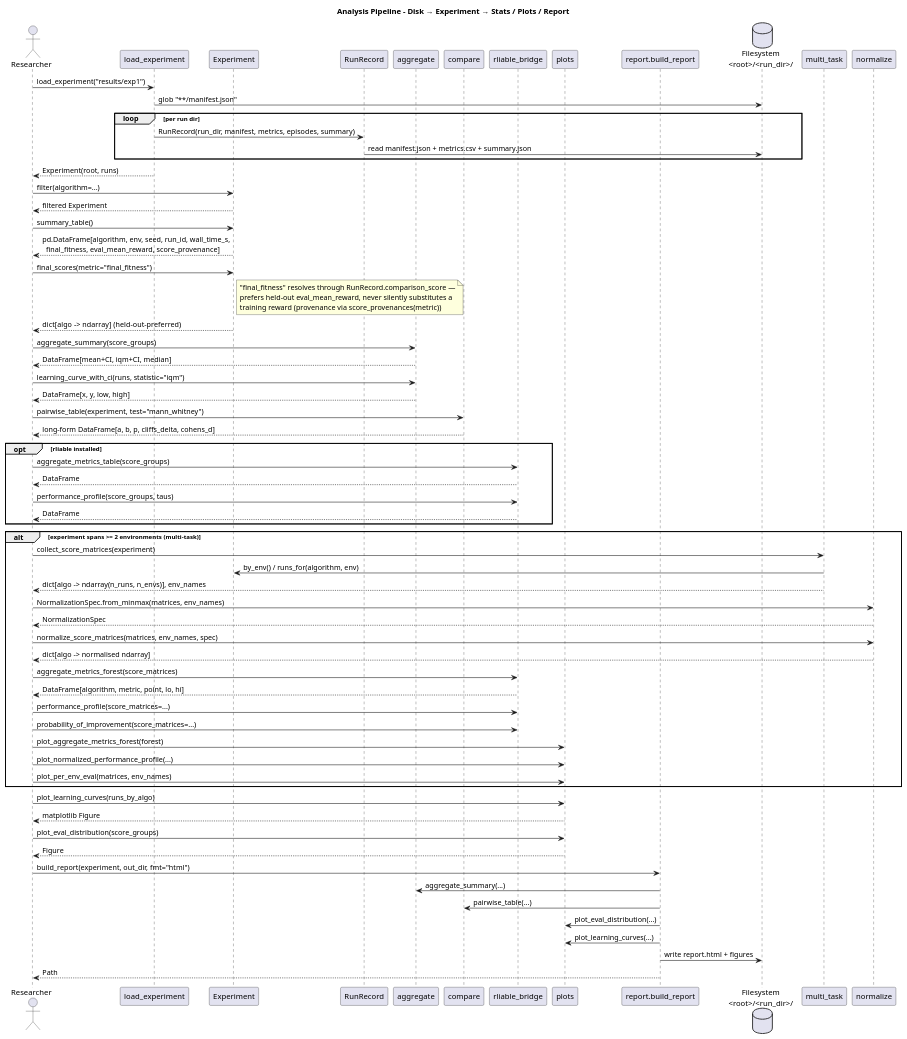
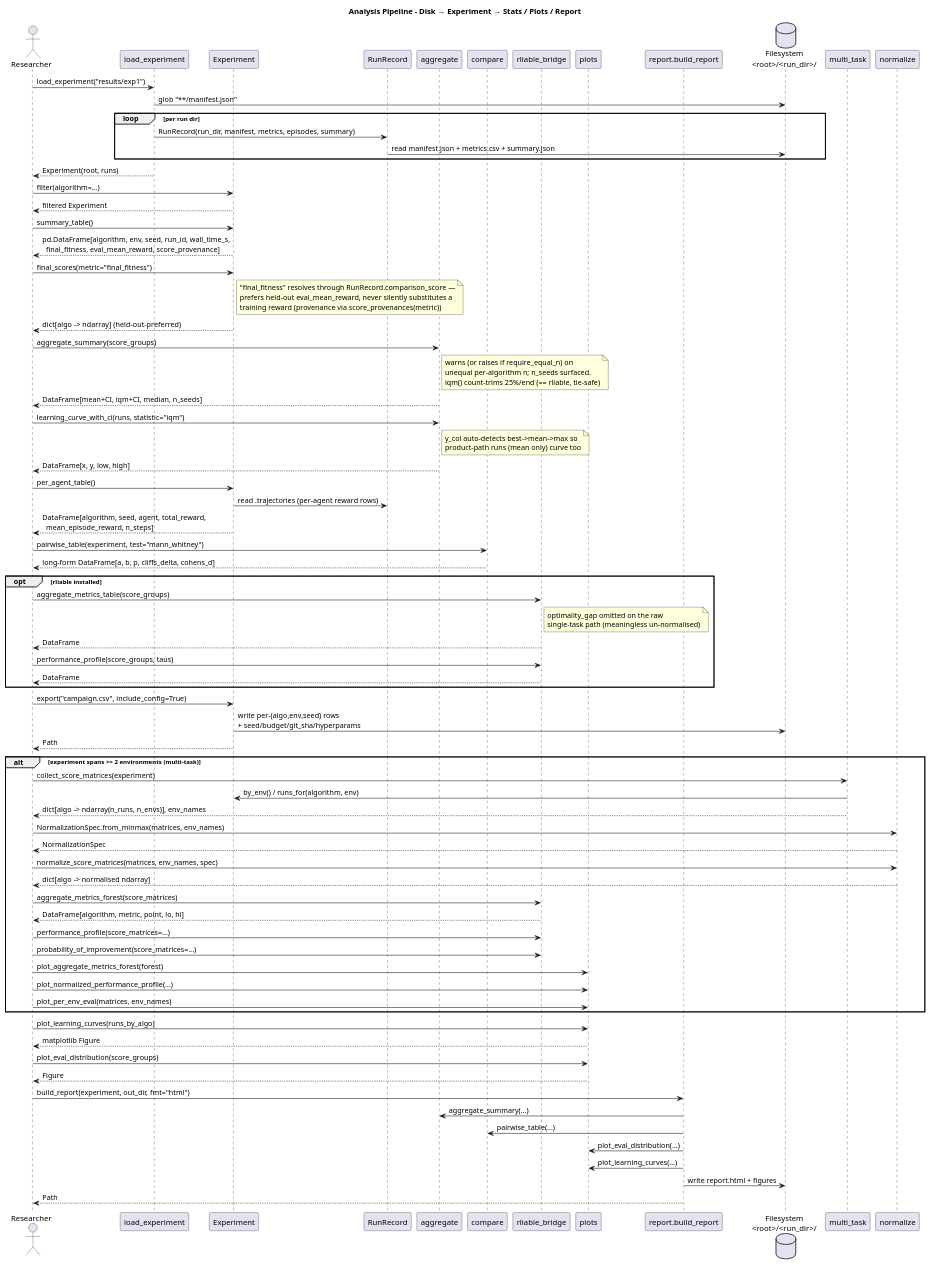
The diagram in docs/UML/sequence_analysis_pipeline.puml (Alex180504/DEAP-Zoo-bridge), drawn with PlantUML before and after one commit. The commit also changed 13 other files, not shown here.

```diff
--- a/docs/UML/sequence_analysis_pipeline.puml
+++ b/docs/UML/sequence_analysis_pipeline.puml
@@ -1,81 +1,92 @@
 @startuml sequence_analysis_pipeline
 title Analysis Pipeline – Disk → Experiment → Stats / Plots / Report
 
 actor "Researcher" as R
 participant "load_experiment" as LE
 participant "Experiment" as EX
 participant "RunRecord" as RR
 participant "aggregate" as AG
 participant "compare" as CMP
 participant "rliable_bridge" as RLB
 participant "plots" as PL
 participant "report.build_report" as RPT
 database  "Filesystem\n<root>/<run_dir>/" as FS
 
 R -> LE: load_experiment("results/exp1")
 LE -> FS: glob "**/manifest.json"
 loop per run dir
     LE -> RR: RunRecord(run_dir, manifest, metrics, episodes, summary)
     RR -> FS: read manifest.json + metrics.csv + summary.json
 end
 LE --> R: Experiment(root, runs)
 
 R -> EX: filter(algorithm=...)
 EX --> R: filtered Experiment
 
 R -> EX: summary_table()
 EX --> R: pd.DataFrame[algorithm, env, seed, run_id, wall_time_s,\n  final_fitness, eval_mean_reward, score_provenance]
 
 R -> EX: final_scores(metric="final_fitness")
 note right of EX: "final_fitness" resolves through RunRecord.comparison_score —\nprefers held-out eval_mean_reward, never silently substitutes a\ntraining reward (provenance via score_provenances(metric))
 EX --> R: dict[algo -> ndarray]  (held-out-preferred)
 
 R -> AG: aggregate_summary(score_groups)
-AG --> R: DataFrame[mean+CI, iqm+CI, median]
+note right of AG: warns (or raises if require_equal_n) on\nunequal per-algorithm n; n_seeds surfaced.\niqm() count-trims 25%/end (== rliable, tie-safe)
+AG --> R: DataFrame[mean+CI, iqm+CI, median, n_seeds]
 
 R -> AG: learning_curve_with_ci(runs, statistic="iqm")
+note right of AG: y_col auto-detects best->mean->max so\nproduct-path runs (mean only) curve too
 AG --> R: DataFrame[x, y, low, high]
+
+R -> EX: per_agent_table()
+EX -> RR: read .trajectories (per-agent reward rows)
+EX --> R: DataFrame[algorithm, seed, agent, total_reward,\n  mean_episode_reward, n_steps]
 
 R -> CMP: pairwise_table(experiment, test="mann_whitney")
 CMP --> R: long-form DataFrame[a, b, p, cliffs_delta, cohens_d]
 
 opt rliable installed
     R -> RLB: aggregate_metrics_table(score_groups)
+    note right of RLB: optimality_gap omitted on the raw\nsingle-task path (meaningless un-normalised)
     RLB --> R: DataFrame
     R -> RLB: performance_profile(score_groups, taus)
     RLB --> R: DataFrame
 end
+
+R -> EX: export("campaign.csv", include_config=True)
+EX -> FS: write per-(algo,env,seed) rows\n+ seed/budget/git_sha/hyperparams
+EX --> R: Path
 
 alt experiment spans >= 2 environments (multi-task)
     participant "multi_task" as MT
     participant "normalize" as NR
     R -> MT: collect_score_matrices(experiment)
     MT -> EX: by_env() / runs_for(algorithm, env)
     MT --> R: dict[algo -> ndarray(n_runs, n_envs)], env_names
     R -> NR: NormalizationSpec.from_minmax(matrices, env_names)
     NR --> R: NormalizationSpec
     R -> NR: normalize_score_matrices(matrices, env_names, spec)
     NR --> R: dict[algo -> normalised ndarray]
     R -> RLB: aggregate_metrics_forest(score_matrices)
     RLB --> R: DataFrame[algorithm, metric, point, lo, hi]
     R -> RLB: performance_profile(score_matrices=...)
     R -> RLB: probability_of_improvement(score_matrices=...)
     R -> PL: plot_aggregate_metrics_forest(forest)
     R -> PL: plot_normalized_performance_profile(...)
     R -> PL: plot_per_env_eval(matrices, env_names)
 end
 
 R -> PL: plot_learning_curves(runs_by_algo)
 PL --> R: matplotlib Figure
 R -> PL: plot_eval_distribution(score_groups)
 PL --> R: Figure
 
 R -> RPT: build_report(experiment, out_dir, fmt="html")
 RPT -> AG: aggregate_summary(...)
 RPT -> CMP: pairwise_table(...)
 RPT -> PL: plot_eval_distribution(...)
 RPT -> PL: plot_learning_curves(...)
 RPT -> FS: write report.html + figures
 RPT --> R: Path
 
 @enduml
```
